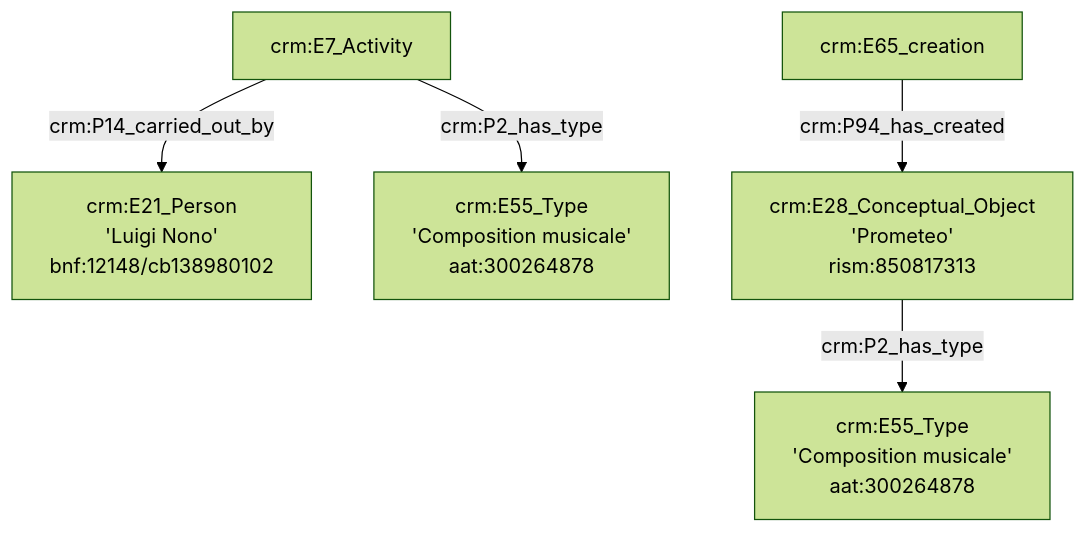
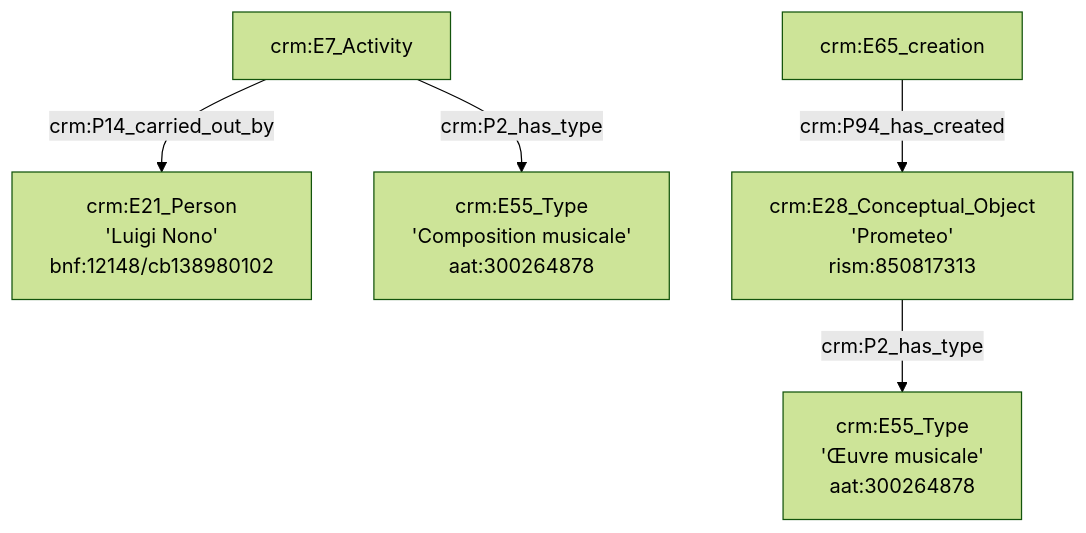
One commit to GusBraud/OntoMatchGameGus changed the first of 2 diagrams in Exemple1.md. Above: the diagram before and after it, drawn with Mermaid (forest theme).

````diff
--- a/Exemple1.md
+++ b/Exemple1.md
@@ -1,13 +1,13 @@
 ```mermaid
 graph TD;
 
 
 A[crm:E7_Activity] --> |crm:P14_carried_out_by| B[crm:E21_Person<br>'Luigi Nono'<br>bnf:12148/cb138980102]
 A[crm:E7_Activity] --> |crm:P2_has_type| C[crm:E55_Type<br>'Composition musicale'<br>aat:300264878]
 
 D[crm:E65_creation] --> |crm:P94_has_created| E[crm:E28_Conceptual_Object<br>'Prometeo'<br>rism:850817313]
-E[crm:E28_Conceptual_Object<br>'Prometeo'<br>rism:850817313] --> |crm:P2_has_type| F[crm:E55_Type<br>'Composition musicale'<br>aat:300264878]
+E[crm:E28_Conceptual_Object<br>'Prometeo'<br>rism:850817313] --> |crm:P2_has_type| F[crm:E55_Type<br>'Œuvre musicale'<br>aat:300264878]
 
 
 
 ```
````
